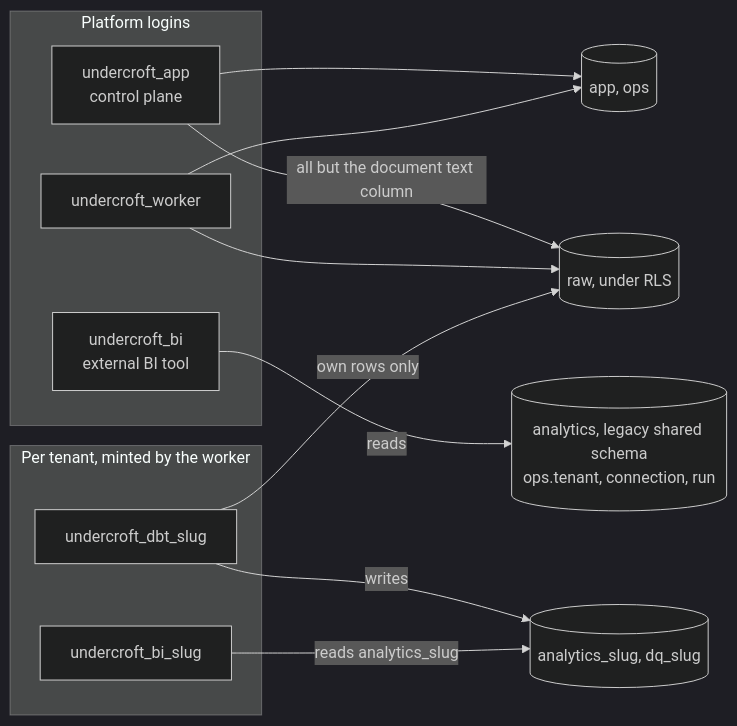
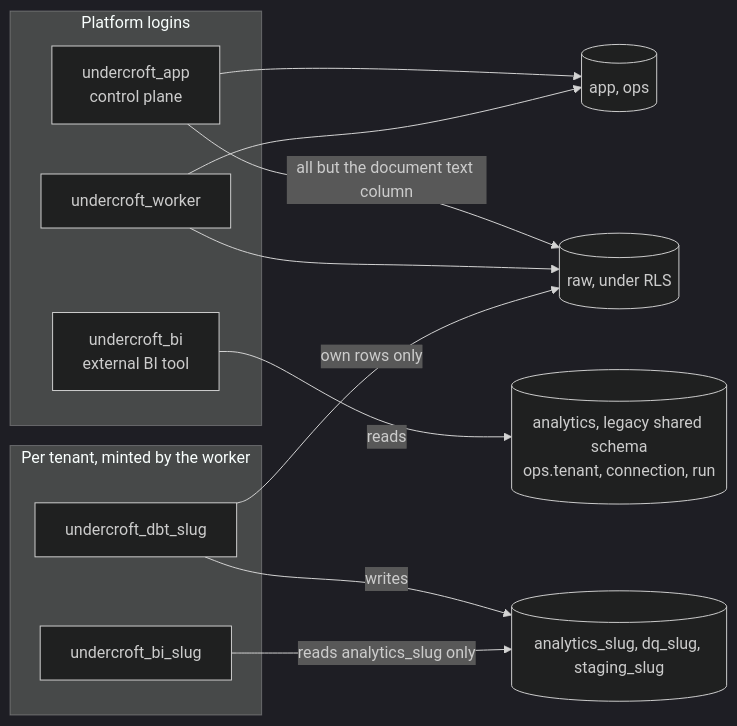
One commit to muitneliss/undercroft changed diagram 14 of 15 in docs/architecture.md. Above: the diagram before and after it, drawn with Mermaid (dark theme). The commit also changed other lines of this file and 51 other files, not shown here.

````diff
--- a/docs/architecture.md
+++ b/docs/architecture.md
@@ -708,25 +719,25 @@
 ```mermaid
 flowchart LR
     subgraph platform["Platform logins"]
         app["undercroft_app<br/>control plane"]
         wk["undercroft_worker"]
         extbi["undercroft_bi<br/>external BI tool"]
     end
     subgraph tenant["Per tenant, minted by the worker"]
         dbt["undercroft_dbt_slug"]
         bi["undercroft_bi_slug"]
     end
     appS[("app, ops")]
     raw[("raw, under RLS")]
-    an[("analytics_slug, dq_slug")]
+    an[("analytics_slug, dq_slug, staging_slug")]
     legacy[("analytics, legacy shared schema<br/>ops.tenant, connection, run")]
 
     app --> appS
     app -->|"all but the document text column"| raw
     wk --> appS
     wk --> raw
     dbt -->|"own rows only"| raw
     dbt -->|"writes"| an
-    bi -->|"reads analytics_slug"| an
+    bi -->|"reads analytics_slug only"| an
     extbi -->|"reads"| legacy
 ```
````
